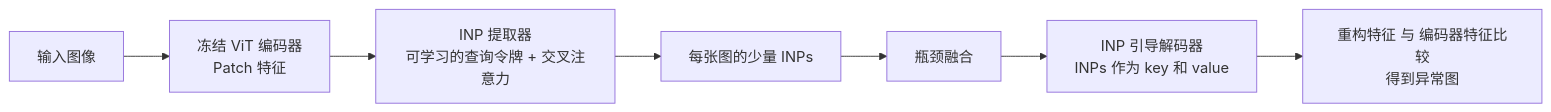
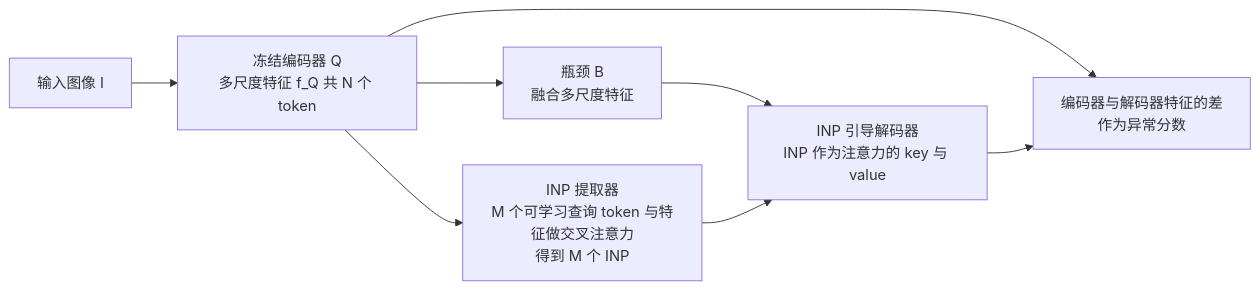
The diagram in docs/0754_paper_INPFormer.md (junxnone/aiwiki), drawn with Mermaid before and after one commit. The commit also changed other lines of this file and 1 other file, not shown here.

````diff
--- a/docs/0754_paper_INPFormer.md
+++ b/docs/0754_paper_INPFormer.md
@@ -21,9 +23,10 @@
 ```mermaid
 graph LR
-    X["输入图像"] --> E["冻结 ViT 编码器<br/>Patch 特征"]
-    E --> I["INP 提取器<br/>可学习的查询令牌 + 交叉注意力"]
-    I --> P["每张图的少量 INPs"]
-    P --> B["瓶颈融合"]
-    B --> D["INP 引导解码器<br/>INPs 作为 key 和 value"]
-    D --> R["重构特征 与 编码器特征比较<br/>得到异常图"]
+    X["输入图像 I"] --> E["冻结编码器 Q<br/>多尺度特征 f_Q 共 N 个 token"]
+    E --> I["INP 提取器<br/>M 个可学习查询 token 与特征做交叉注意力<br/>得到 M 个 INP"]
+    E --> B["瓶颈 B<br/>融合多尺度特征"]
+    B --> D["INP 引导解码器<br/>INP 作为注意力的 key 与 value"]
+    I --> D
+    E --> S["编码器与解码器特征的差<br/>作为异常分数"]
+    D --> S
 ```
````
